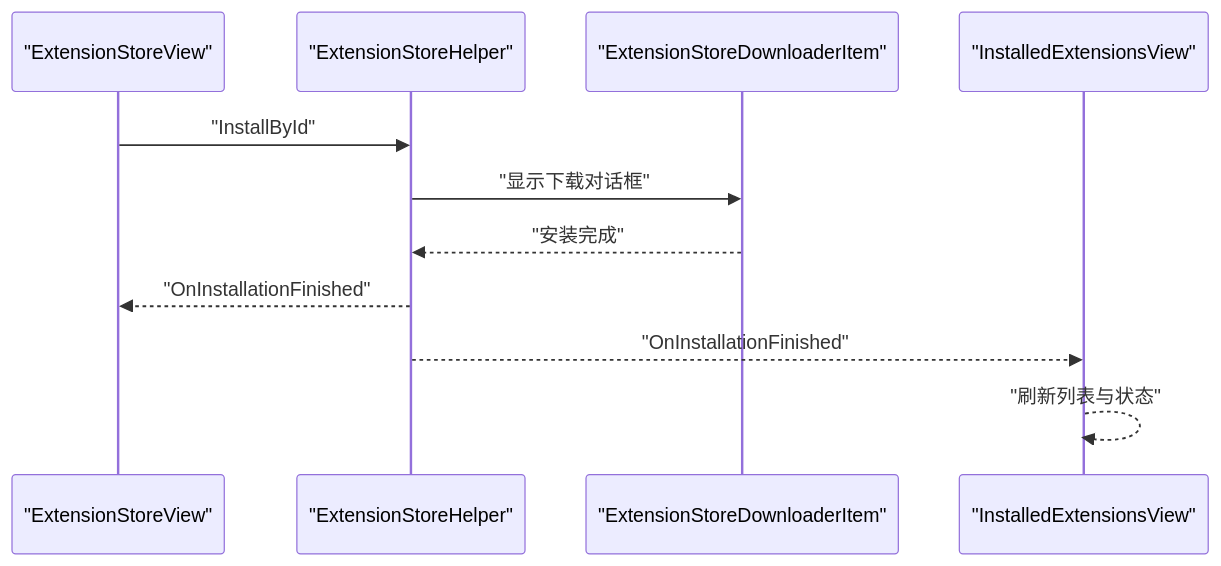
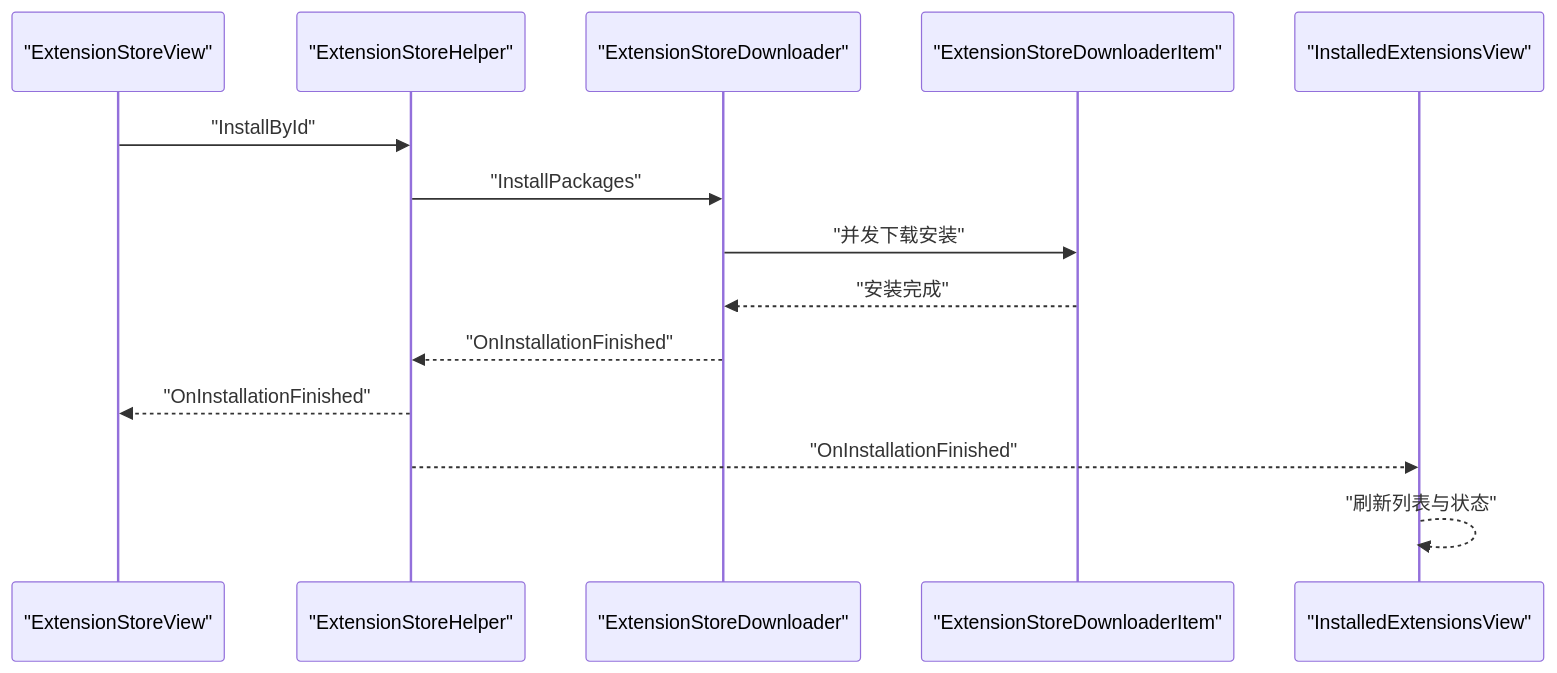
One commit to tea4go/Macro-Deck changed diagram 11 of 11 in .qoder/repowiki/zh/content/扩展商店/扩展商店.md. Above: the diagram before and after it, drawn with Mermaid. The commit also changed other lines of this file and 33 other files, not shown here.

````diff
--- a/.qoder/repowiki/zh/content/扩展商店/扩展商店.md
+++ b/.qoder/repowiki/zh/content/扩展商店/扩展商店.md
@@ -482,13 +577,16 @@
 ```mermaid
 sequenceDiagram
 participant VS as "ExtensionStoreView"
 participant HS as "ExtensionStoreHelper"
-participant DL as "ExtensionStoreDownloaderItem"
+participant DL as "ExtensionStoreDownloader"
+participant DI as "ExtensionStoreDownloaderItem"
 participant IV as "InstalledExtensionsView"
 VS->>HS : "InstallById"
-HS->>DL : "显示下载对话框"
-DL-->>HS : "安装完成"
+HS->>DL : "InstallPackages"
+DL->>DI : "并发下载安装"
+DI-->>DL : "安装完成"
+DL-->>HS : "OnInstallationFinished"
 HS-->>VS : "OnInstallationFinished"
 HS-->>IV : "OnInstallationFinished"
 IV-->>IV : "刷新列表与状态"
 ```
````
